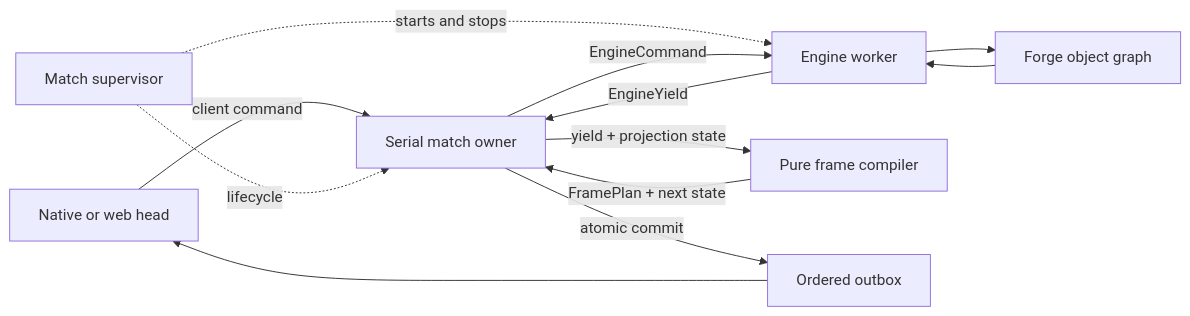
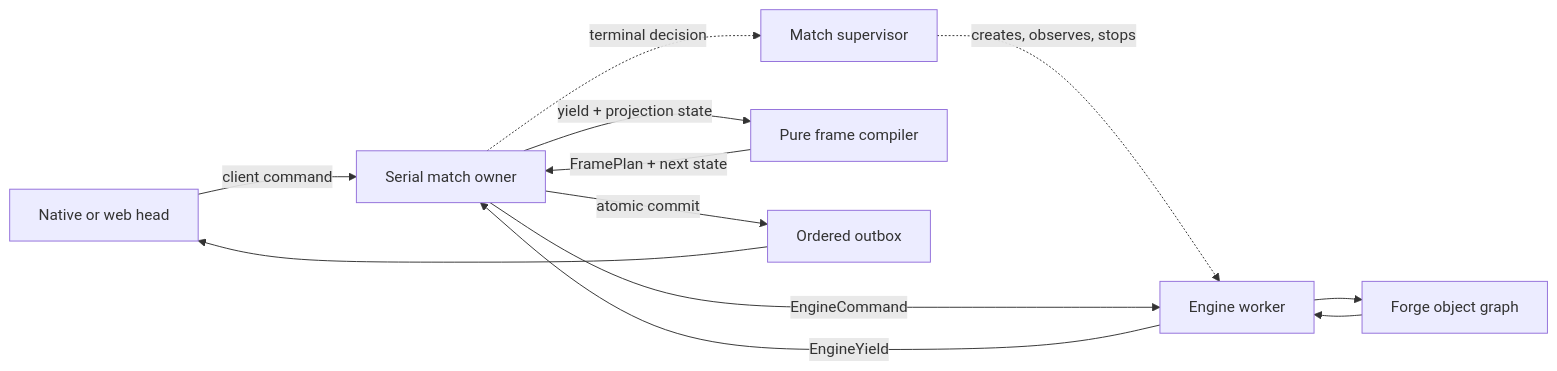
One commit to delebedev/leyline changed the diagram in docs/architecture-direction.md. Above: the diagram before and after it, drawn with Mermaid. The commit also changed other lines of this file and 4 other files, not shown here.

Commit message:
docs(architecture): ground runtime ownership contracts

````diff
--- a/docs/architecture-direction.md
+++ b/docs/architecture-direction.md
@@ -28,14 +28,14 @@
 ```mermaid
 flowchart LR
     H[Native or web head] -->|client command| M[Serial match owner]
-    S[Match supervisor] -. lifecycle .-> M
-    S -. starts and stops .-> W[Engine worker]
+    M -. terminal decision .-> S[Match supervisor]
+    S -. creates, observes, stops .-> W[Engine worker]
     M -->|EngineCommand| W
     W --> F[Forge object graph]
     F --> W
     W -->|EngineYield| M
     M -->|yield + projection state| P[Pure frame compiler]
     P -->|FramePlan + next state| M
     M -->|atomic commit| O[Ordered outbox]
     O --> H
 ```
````
